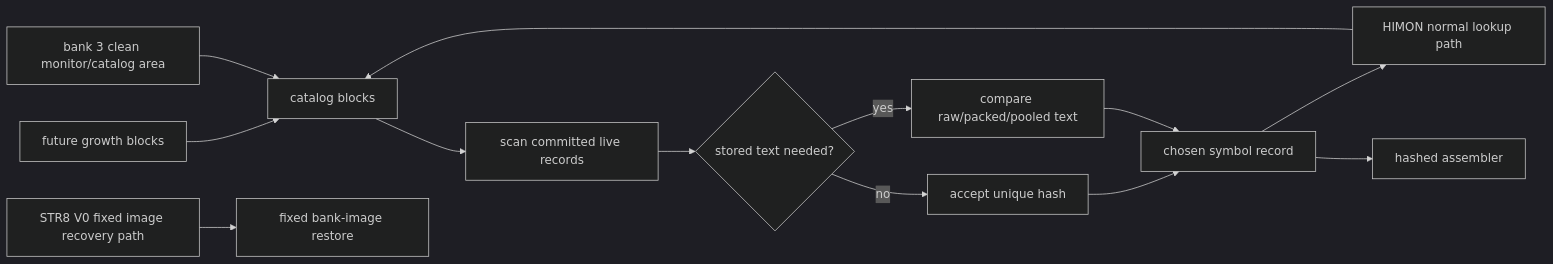
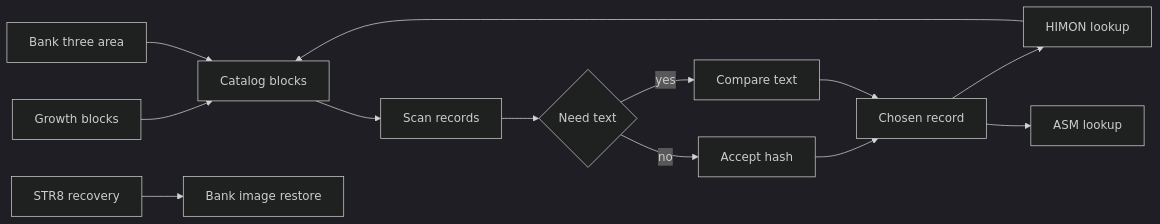
The sixth of 6 diagrams in DOC/GUIDES/ASM/HASHED_ASM.md (95westus/R-YORS), drawn with Mermaid (dark theme) before and after one commit. The commit also changed other lines of this file and 6 other files, not shown here.

````diff
--- a/DOC/GUIDES/ASM/HASHED_ASM.md
+++ b/DOC/GUIDES/ASM/HASHED_ASM.md
@@ -375,20 +2312,28 @@
 ```mermaid
 flowchart LR
-    B0[future growth blocks]
-    B3[bank 3 clean monitor/catalog area]
-    STR8[STR8 V0 fixed image recovery path]
-    HIMON[HIMON normal lookup path]
+    B0[Growth blocks]
+    B3[Bank three area]
+    STR8[STR8 recovery]
+    HIMON[HIMON lookup]
+    CATBLOCKS[Catalog blocks]
+    BANKIMG[Bank image restore]
+    SCAN[Scan records]
+    NAMEPROOF{Need text}
+    HASHONLY[Accept hash]
+    TEXT[Compare text]
+    CHOSEN[Chosen record]
+    ASM[ASM lookup]
 
-    B0 --> CATBLOCKS[catalog blocks]
+    B0 --> CATBLOCKS
     B3 --> CATBLOCKS
     HIMON --> CATBLOCKS
-    STR8 --> BANKIMG[fixed bank-image restore]
-    CATBLOCKS --> SCAN[scan committed live records]
-    SCAN --> NAMEPROOF{stored text needed?}
-    NAMEPROOF -->|no| HASHONLY[accept unique hash]
-    NAMEPROOF -->|yes| TEXT[compare raw/packed/pooled text]
-    HASHONLY --> CHOSEN[chosen symbol record]
+    STR8 --> BANKIMG
+    CATBLOCKS --> SCAN
+    SCAN --> NAMEPROOF
+    NAMEPROOF -->|no| HASHONLY
+    NAMEPROOF -->|yes| TEXT
+    HASHONLY --> CHOSEN
     TEXT --> CHOSEN
     CHOSEN --> HIMON
-    CHOSEN --> ASM[hashed assembler]
+    CHOSEN --> ASM
 ```
````
